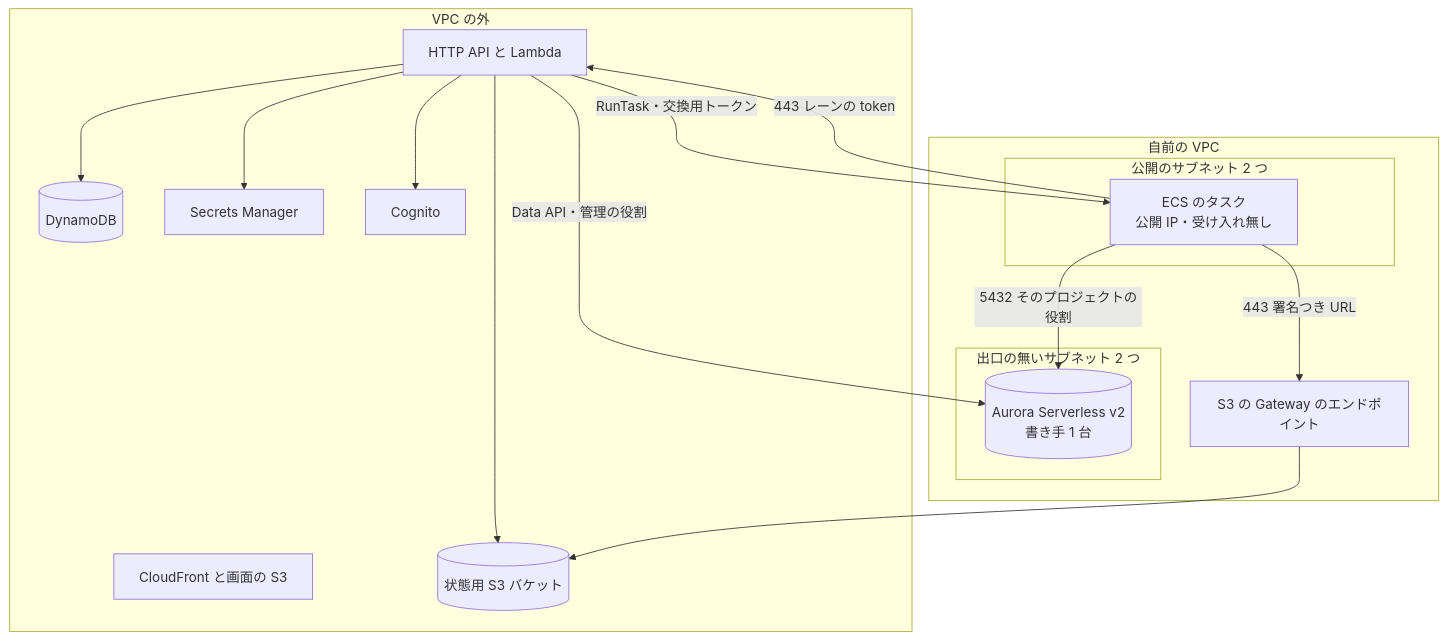
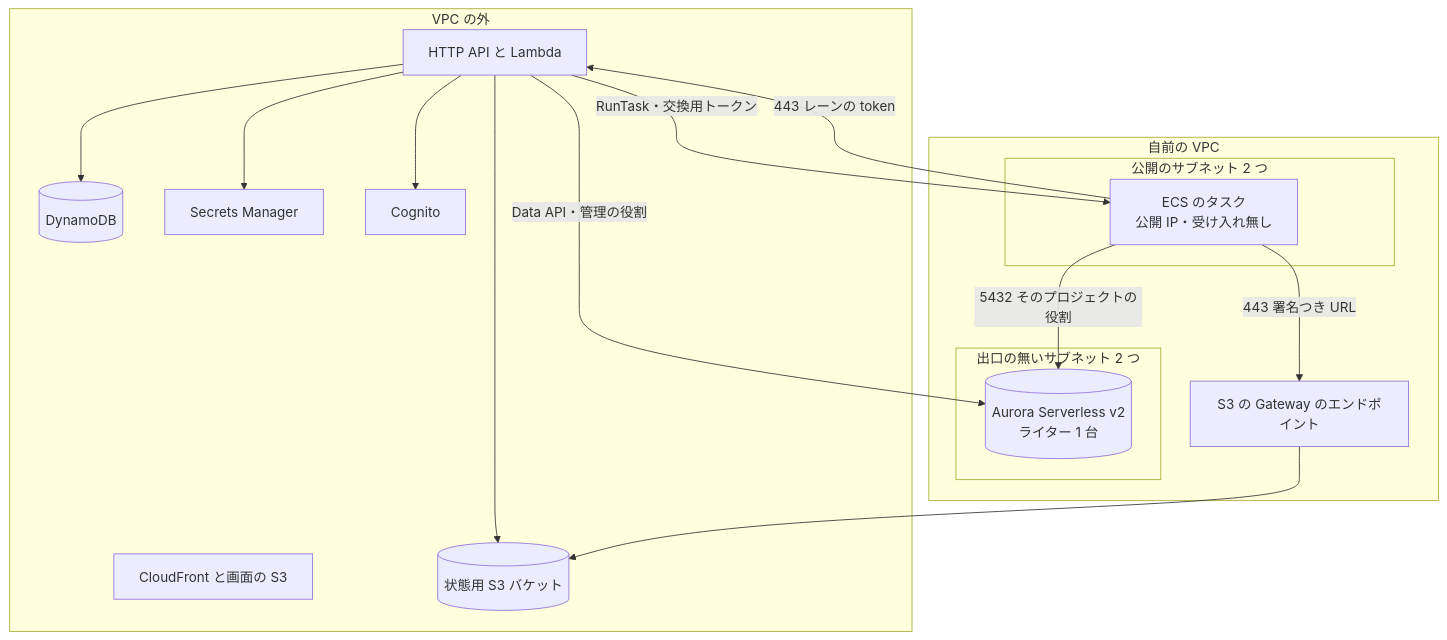
One commit to devbasex/nd-factory changed the third of 3 diagrams in docs/design/platform.md. Above: the diagram before and after it, drawn with Mermaid. The commit also changed other lines of this file and 16 other files, not shown here.

First line of the commit message:
Docs: 設計書を通読し、エンジニアが使わない造語・直訳（道具・地図・頭書き・失敗のアイテムなど）を書き換える（利用者の指示）

````diff
--- a/docs/design/platform.md
+++ b/docs/design/platform.md
@@ -155,30 +155,30 @@
 ```mermaid
 graph TD
     subgraph OUT[VPC の外]
         CF[CloudFront と画面の S3]
         GW[HTTP API と Lambda]
         D[(DynamoDB)]
         S[(状態用 S3 バケット)]
         SM[Secrets Manager]
         CG[Cognito]
     end
     subgraph VPC[自前の VPC]
         subgraph PUB[公開のサブネット 2 つ]
             T["ECS のタスク<br/>公開 IP・受け入れ無し"]
         end
         subgraph PRIV[出口の無いサブネット 2 つ]
-            A[("Aurora Serverless v2<br/>書き手 1 台")]
+            A[("Aurora Serverless v2<br/>ライター 1 台")]
         end
         E[S3 の Gateway のエンドポイント]
     end
     GW --> D
     GW --> S
     GW --> SM
     GW --> CG
     GW -->|RunTask・交換用トークン| T
     GW -->|Data API・管理の役割| A
     T -->|443 レーンの token| GW
     T -->|5432 そのプロジェクトの役割| A
     T -->|443 署名つき URL| E
     E --> S
 ```
````
